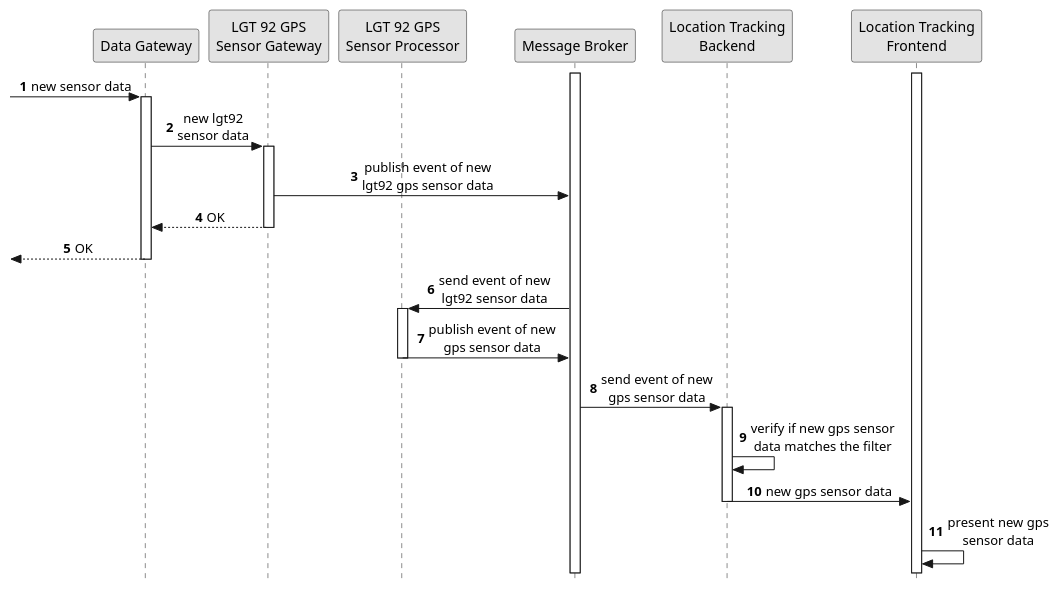
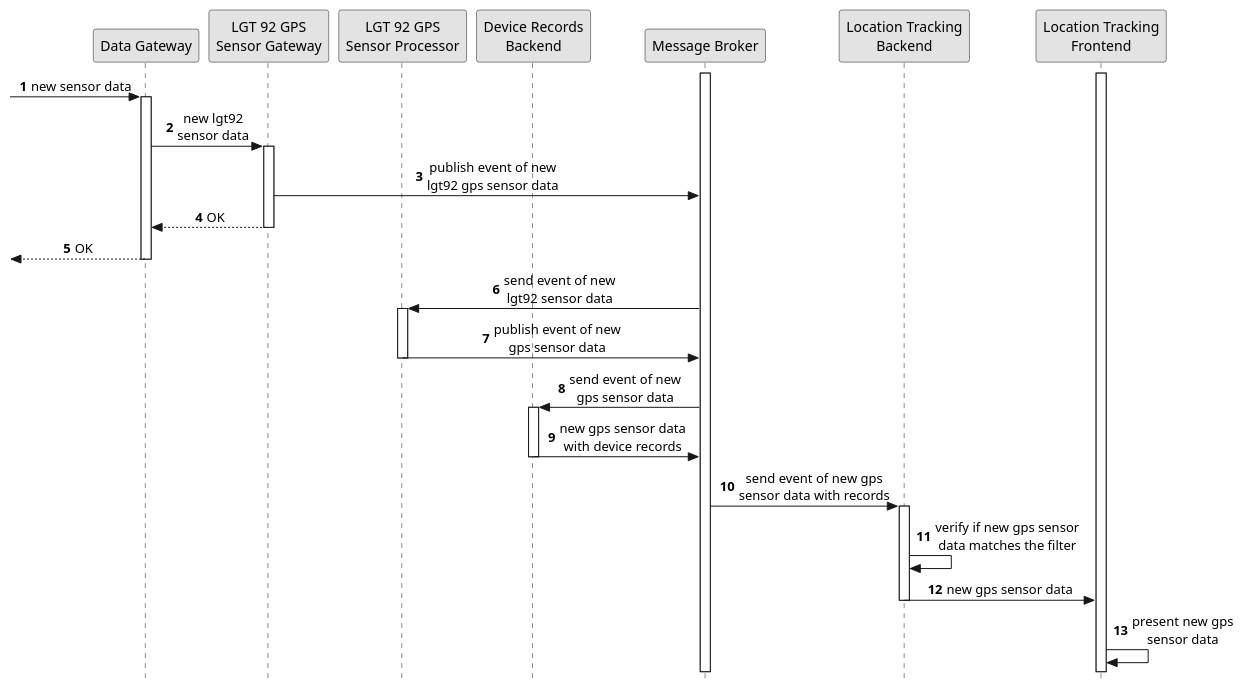
One commit to FilipeMCruz/sensae-console changed the diagram in docs/diagrams/process-view-level2-uc02.pu. Above: the diagram before and after it, drawn with PlantUML. The commit also changed 14 other files, not shown here.

Commit message:
Updated docs, missing use cases for device records

```diff
--- a/docs/diagrams/process-view-level2-uc02.pu
+++ b/docs/diagrams/process-view-level2-uc02.pu
@@ -1,48 +1,55 @@
 @startuml process-view-level2-uc02
 
 skinparam Monochrome true
 skinparam sequenceMessageAlign center
 skinparam style strictuml
 hide unlinked
 
 autonumber 1
 
 participant "Data Gateway" as DG
 participant "LGT 92 GPS\nSensor Gateway" as LGT92GPSG
 participant "LGT 92 GPS\nSensor Processor" as LGT92GPSP
+participant "Device Records\nBackend" as DRB
 participant "Message Broker" as MB
 participant "Location Tracking\nBackend" as LTB
 participant "Location Tracking\nFrontend" as LTF
 
 activate MB
 activate LTF
 
 -> DG : new sensor data
 activate DG
 
 DG -> LGT92GPSG : new lgt92\nsensor data
 activate LGT92GPSG
 
 LGT92GPSG -> MB : publish event of new\nlgt92 gps sensor data
 
 DG <-- LGT92GPSG : OK
 deactivate LGT92GPSG
 
 <-- DG : OK
 deactivate DG
 
 MB -> LGT92GPSP : send event of new\nlgt92 sensor data
 activate LGT92GPSP
 
 LGT92GPSP -> MB : publish event of new\ngps sensor data
 deactivate LGT92GPSP
 
-MB -> LTB : send event of new\ngps sensor data
+MB -> DRB : send event of new\ngps sensor data
+activate DRB
+
+DRB -> MB : new gps sensor data\nwith device records
+deactivate DRB
+
+MB -> LTB : send event of new gps\nsensor data with records
 activate LTB
 
 LTB -> LTB : verify if new gps sensor\ndata matches the filter 
 LTB -> LTF : new gps sensor data
 deactivate LTB
 LTF -> LTF : present new gps\nsensor data
 
 @enduml
```
